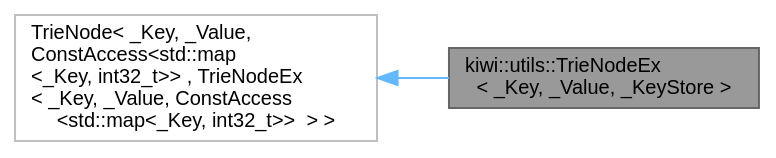
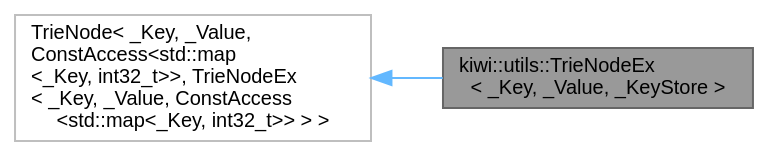
One commit to bab2min/Kiwi changed the diagram in structkiwi_1_1utils_1_1TrieNodeEx__coll__graph.dot. Above: the diagram before and after it, drawn with Graphviz. The commit also changed 545 other files, not shown here.

```diff
--- a/structkiwi_1_1utils_1_1TrieNodeEx__coll__graph.dot
+++ b/structkiwi_1_1utils_1_1TrieNodeEx__coll__graph.dot
@@ -1,11 +1,11 @@
 digraph "kiwi::utils::TrieNodeEx&lt; _Key, _Value, _KeyStore &gt;"
 {
  // LATEX_PDF_SIZE
   bgcolor="transparent";
   edge [fontname=Helvetica,fontsize=10,labelfontname=Helvetica,labelfontsize=10];
   node [fontname=Helvetica,fontsize=10,shape=box,height=0.2,width=0.4];
   rankdir="LR";
   Node1 [id="Node000001",label="kiwi::utils::TrieNodeEx\l\< _Key, _Value, _KeyStore \>",height=0.2,width=0.4,color="gray40", fillcolor="grey60", style="filled", fontcolor="black",tooltip=" "];
   Node2 -> Node1 [id="edge1_Node000001_Node000002",dir="back",color="steelblue1",style="solid",tooltip=" "];
-  Node2 [id="Node000002",label="TrieNode\< _Key, _Value,\l ConstAccess\<std::map\l\<_Key, int32_t\>\> , TrieNodeEx\l\< _Key, _Value, ConstAccess\l\<std::map\<_Key, int32_t\>\>  \> \>",height=0.2,width=0.4,color="grey75", fillcolor="white", style="filled",tooltip=" "];
+  Node2 [id="Node000002",label="TrieNode\< _Key, _Value,\l ConstAccess\<std::map\l\<_Key, int32_t\>\>, TrieNodeEx\l\< _Key, _Value, ConstAccess\l\<std::map\<_Key, int32_t\>\> \> \>",height=0.2,width=0.4,color="grey75", fillcolor="white", style="filled",tooltip=" "];
 }
```
